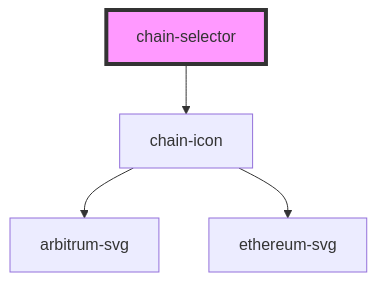
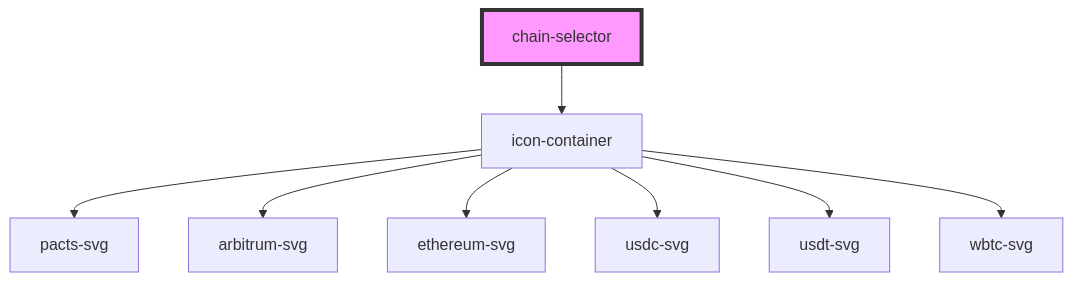
One commit to PactsTech/pacts-components changed the diagram in packages/stencil-components/src/components/chain-selector/readme.md. Above: the diagram before and after it, drawn with Mermaid. The commit also changed other lines of this file and 26 other files, not shown here.

Commit message:
feat: add icon container and row components

````diff
--- a/packages/stencil-components/src/components/chain-selector/readme.md
+++ b/packages/stencil-components/src/components/chain-selector/readme.md
@@ -23,7 +22,11 @@
 ```mermaid
 graph TD;
-  chain-selector --> chain-icon
-  chain-icon --> arbitrum-svg
-  chain-icon --> ethereum-svg
+  chain-selector --> icon-container
+  icon-container --> pacts-svg
+  icon-container --> arbitrum-svg
+  icon-container --> ethereum-svg
+  icon-container --> usdc-svg
+  icon-container --> usdt-svg
+  icon-container --> wbtc-svg
   style chain-selector fill:#f9f,stroke:#333,stroke-width:4px
 ```
````
